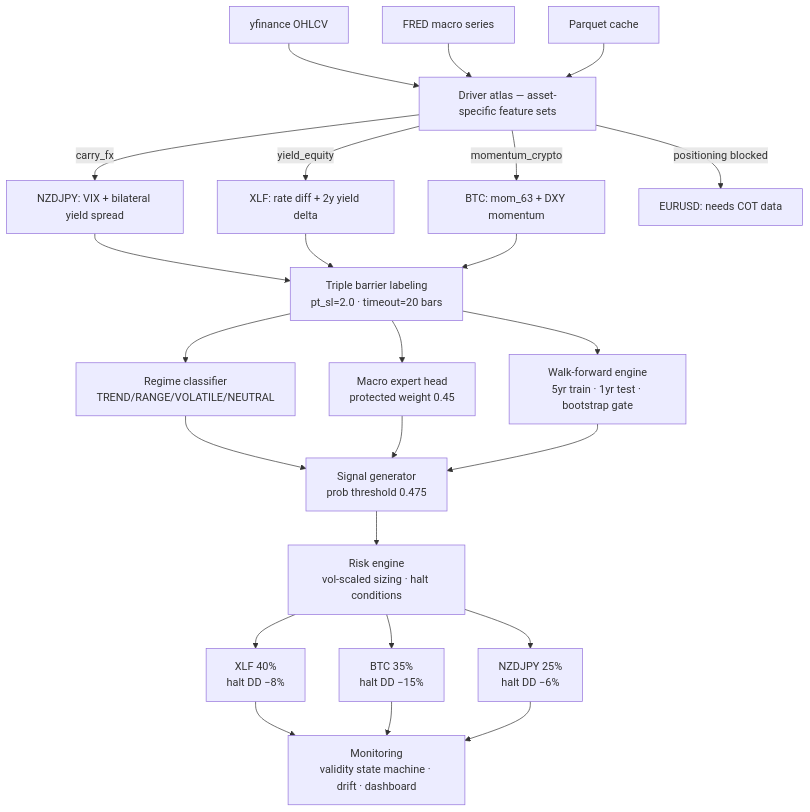
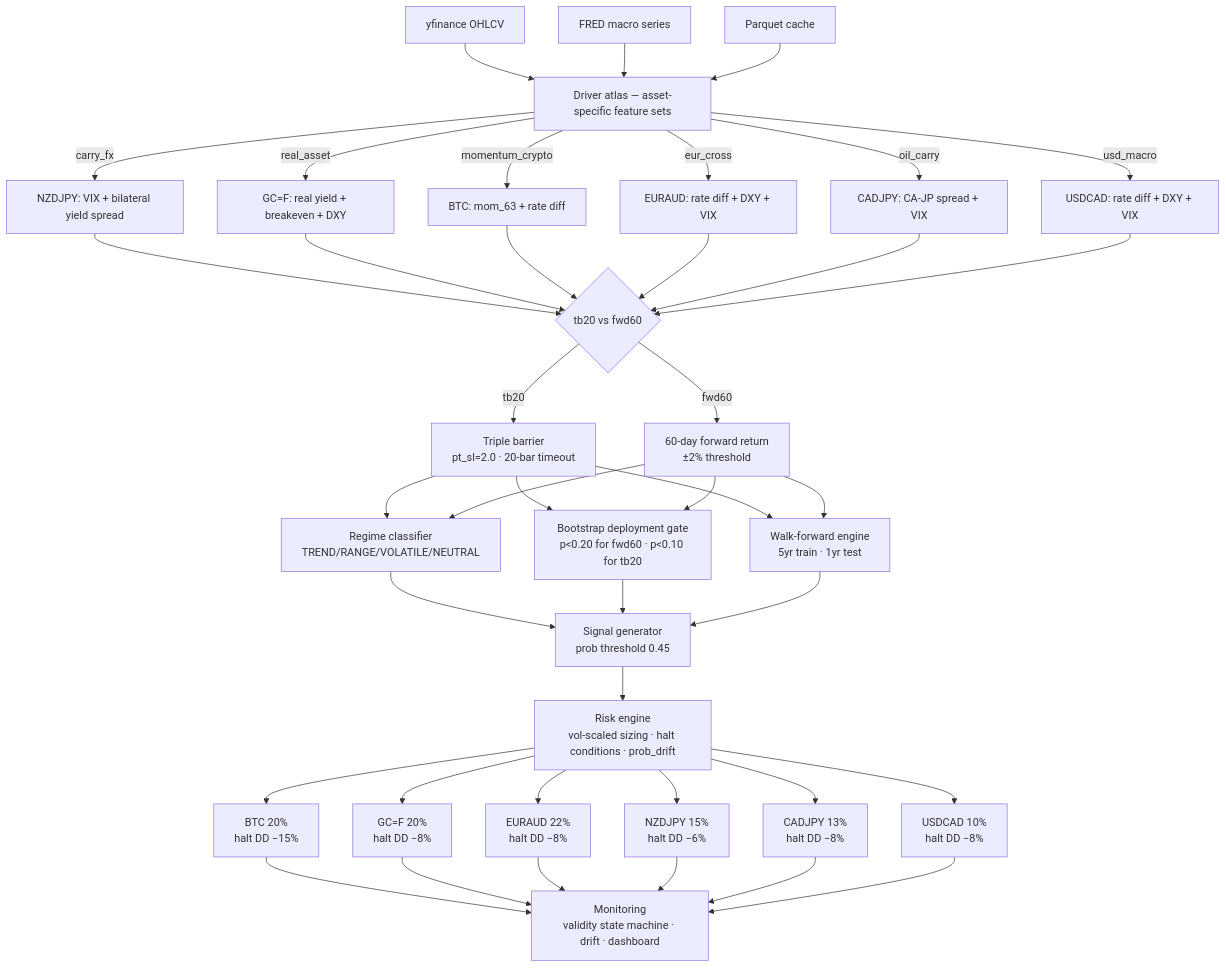
One commit to manuelhorvey/EigenCapital changed the diagram in README.md. Above: the diagram before and after it, drawn with Mermaid. The commit also changed other lines of this file, not shown here.

Commit message:
docs: update README with expanded 6-asset portfolio, multi-label architectures, and walk-forward validation results

````diff
--- a/README.md
+++ b/README.md
@@ -108,23 +105,30 @@
 ```mermaid
 flowchart TD
     A1[yfinance OHLCV] --> F
     A2[FRED macro series] --> F
     A3[Parquet cache] --> F
 
     F[Driver atlas — asset-specific feature sets]
     F --> |carry_fx| N1[NZDJPY: VIX + bilateral yield spread]
-    F --> |yield_equity| N2[XLF: rate diff + 2y yield delta]
-    F --> |momentum_crypto| N3[BTC: mom_63 + DXY momentum]
-    F --> |positioning blocked| N4[EURUSD: needs COT data]
+    F --> |real_asset| N2[GC=F: real yield + breakeven + DXY]
+    F --> |momentum_crypto| N3[BTC: mom_63 + rate diff]
+    F --> |eur_cross| N4[EURAUD: rate diff + DXY + VIX]
+    F --> |oil_carry| N5[CADJPY: CA-JP spread + VIX]
+    F --> |usd_macro| N6[USDCAD: rate diff + DXY + VIX]
 
-    N1 & N2 & N3 --> L[Triple barrier labeling\npt_sl=2.0 · timeout=20 bars]
-    L --> M1[Regime classifier\nTREND/RANGE/VOLATILE/NEUTRAL]
-    L --> M2[Macro expert head\nprotected weight 0.45]
-    L --> M3[Walk-forward engine\n5yr train · 1yr test · bootstrap gate]
-    M1 & M2 & M3 --> S[Signal generator\nprob threshold 0.475]
-    S --> R[Risk engine\nvol-scaled sizing · halt conditions]
-    R --> P1[XLF 40%\nhalt DD −8%]
-    R --> P2[BTC 35%\nhalt DD −15%]
-    R --> P3[NZDJPY 25%\nhalt DD −6%]
-    P1 & P2 & P3 --> Mon[Monitoring\nvalidity state machine · drift · dashboard]
+    N1 & N2 & N3 & N4 & N5 & N6 --> L{tb20 vs fwd60}
+    L --> |tb20| TB[Triple barrier\npt_sl=2.0 · 20-bar timeout]
+    L --> |fwd60| FW[60-day forward return\n±2% threshold]
+    TB & FW --> M1[Regime classifier\nTREND/RANGE/VOLATILE/NEUTRAL]
+    TB & FW --> M2[Bootstrap deployment gate\np<0.20 for fwd60 · p<0.10 for tb20]
+    TB & FW --> M3[Walk-forward engine\n5yr train · 1yr test]
+    M1 & M2 & M3 --> S[Signal generator\nprob threshold 0.45]
+    S --> R[Risk engine\nvol-scaled sizing · halt conditions · prob_drift]
+    R --> P1[BTC 20%\nhalt DD −15%]
+    R --> P2[GC=F 20%\nhalt DD −8%]
+    R --> P3[EURAUD 22%\nhalt DD −8%]
+    R --> P4[NZDJPY 15%\nhalt DD −6%]
+    R --> P5[CADJPY 13%\nhalt DD −8%]
+    R --> P6[USDCAD 10%\nhalt DD −8%]
+    P1 & P2 & P3 & P4 & P5 & P6 --> Mon[Monitoring\nvalidity state machine · drift · dashboard]
 ```
````
